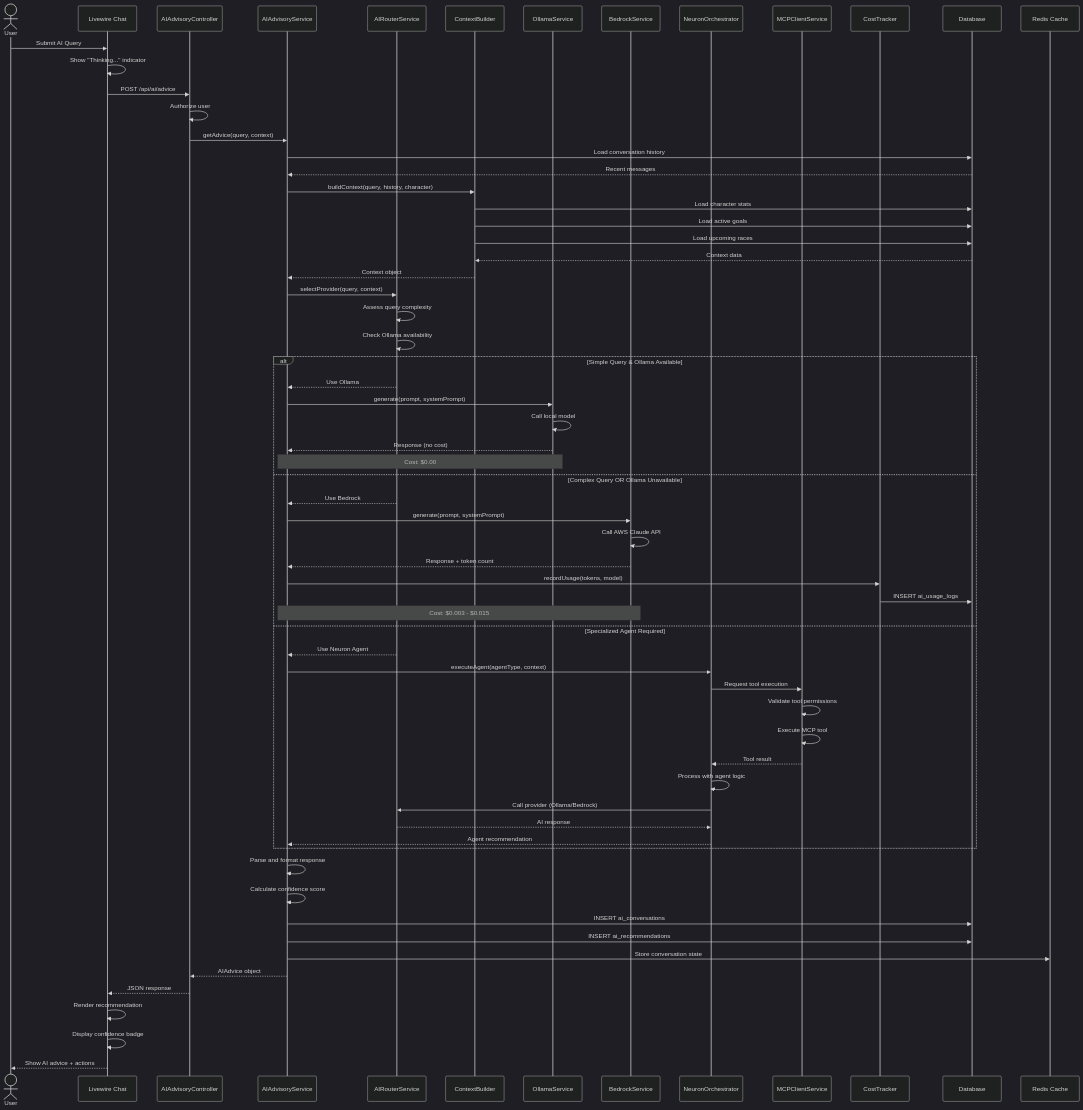
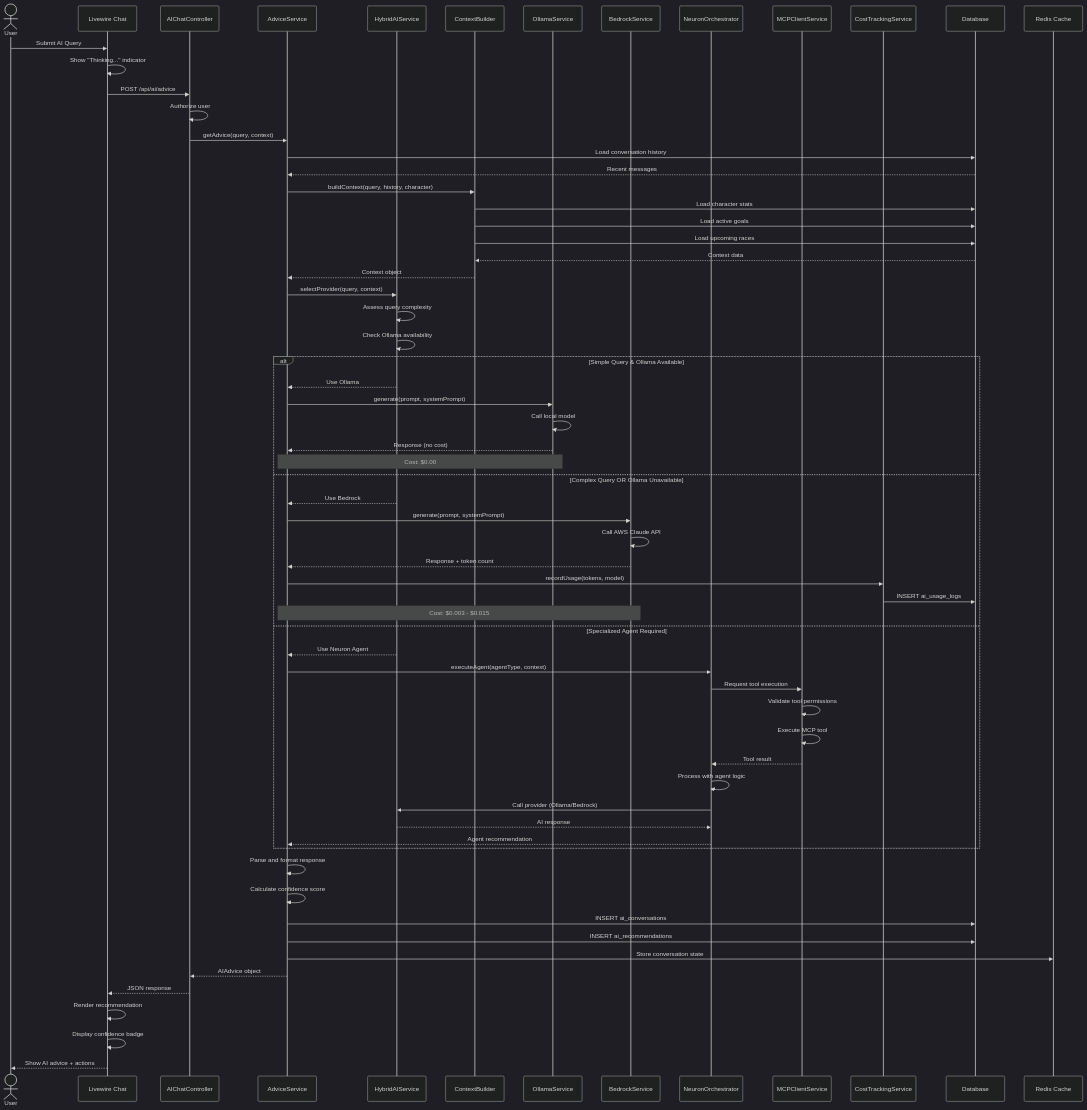
One commit to exatfrds67/umamusume-career-planner changed the first of 2 diagrams in docs/01-sequences/SEQ-006_AI_Advice_Generation.md. Above: the diagram before and after it, drawn with Mermaid (dark theme). The commit also changed other lines of this file and 111 other files, not shown here.

````diff
--- a/docs/01-sequences/SEQ-006_AI_Advice_Generation.md
+++ b/docs/01-sequences/SEQ-006_AI_Advice_Generation.md
@@ -138,78 +138,78 @@
 ```mermaid
 sequenceDiagram
     actor User
     participant UI as Livewire Chat
-    participant Controller as AIAdvisoryController
-    participant AdvisorySvc as AIAdvisoryService
-    participant Router as AIRouterService
+    participant Controller as AIChatController
+    participant AdvisorySvc as AdviceService
+    participant Router as HybridAIService
     participant ContextBuilder
     participant Ollama as OllamaService
     participant Bedrock as BedrockService
     participant Neuron as NeuronOrchestrator
     participant MCP as MCPClientService
-    participant CostTracker
+    participant CostTracker as CostTrackingService
     participant DB as Database
     participant Cache as Redis Cache
 
     User->>UI: Submit AI Query
     UI->>UI: Show "Thinking..." indicator
     UI->>Controller: POST /api/ai/advice
     Controller->>Controller: Authorize user
     Controller->>AdvisorySvc: getAdvice(query, context)
     
     AdvisorySvc->>DB: Load conversation history
     DB-->>AdvisorySvc: Recent messages
     
     AdvisorySvc->>ContextBuilder: buildContext(query, history, character)
     ContextBuilder->>DB: Load character stats
     ContextBuilder->>DB: Load active goals
     ContextBuilder->>DB: Load upcoming races
     DB-->>ContextBuilder: Context data
     ContextBuilder-->>AdvisorySvc: Context object
     
     AdvisorySvc->>Router: selectProvider(query, context)
     Router->>Router: Assess query complexity
     Router->>Router: Check Ollama availability
     
     alt Simple Query & Ollama Available
         Router-->>AdvisorySvc: Use Ollama
         AdvisorySvc->>Ollama: generate(prompt, systemPrompt)
         Ollama->>Ollama: Call local model
         Ollama-->>AdvisorySvc: Response (no cost)
         Note over AdvisorySvc,Ollama: Cost: $0.00
     else Complex Query OR Ollama Unavailable
         Router-->>AdvisorySvc: Use Bedrock
         AdvisorySvc->>Bedrock: generate(prompt, systemPrompt)
         Bedrock->>Bedrock: Call AWS Claude API
         Bedrock-->>AdvisorySvc: Response + token count
         AdvisorySvc->>CostTracker: recordUsage(tokens, model)
         CostTracker->>DB: INSERT ai_usage_logs
         Note over AdvisorySvc,Bedrock: Cost: $0.003 - $0.015
     else Specialized Agent Required
         Router-->>AdvisorySvc: Use Neuron Agent
         AdvisorySvc->>Neuron: executeAgent(agentType, context)
         
         Neuron->>MCP: Request tool execution
         MCP->>MCP: Validate tool permissions
         MCP->>MCP: Execute MCP tool
         MCP-->>Neuron: Tool result
         
         Neuron->>Neuron: Process with agent logic
         Neuron->>Router: Call provider (Ollama/Bedrock)
         Router-->>Neuron: AI response
         Neuron-->>AdvisorySvc: Agent recommendation
     end
     
     AdvisorySvc->>AdvisorySvc: Parse and format response
     AdvisorySvc->>AdvisorySvc: Calculate confidence score
     
     AdvisorySvc->>DB: INSERT ai_conversations
     AdvisorySvc->>DB: INSERT ai_recommendations
     AdvisorySvc->>Cache: Store conversation state
     
     AdvisorySvc-->>Controller: AIAdvice object
     Controller-->>UI: JSON response
     UI->>UI: Render recommendation
     UI->>UI: Display confidence badge
     UI-->>User: Show AI advice + actions
 ```
````
